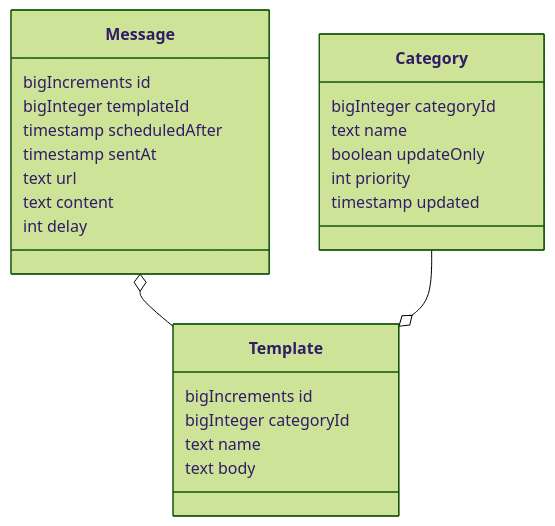
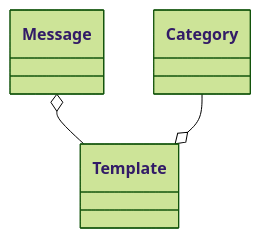
One commit to MichinobuMaeda/squirrelwheel changed the diagram in README.md. Above: the diagram before and after it, drawn with Mermaid (forest theme). The commit also changed other lines of this file and 7 other files, not shown here.

````diff
--- a/README.md
+++ b/README.md
@@ -26,27 +33,8 @@
 ```mermaid
 classDiagram
-class Category {
-    bigInteger categoryId
-    text name
-    boolean updateOnly
-    int priority
-    timestamp updated
-}
-class Template {
-    bigIncrements id
-    bigInteger categoryId
-    text name
-    text body
-}
-class Message {
-    bigIncrements id
-    bigInteger templateId
-    timestamp scheduledAfter
-    timestamp sentAt
-    text url
-    text content
-    int delay
-}
+class Category
+class Template
+class Message
 Message o-- Template
 Category --o Template
 ```
````
